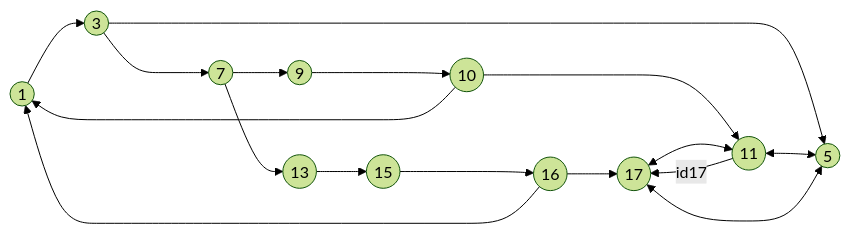
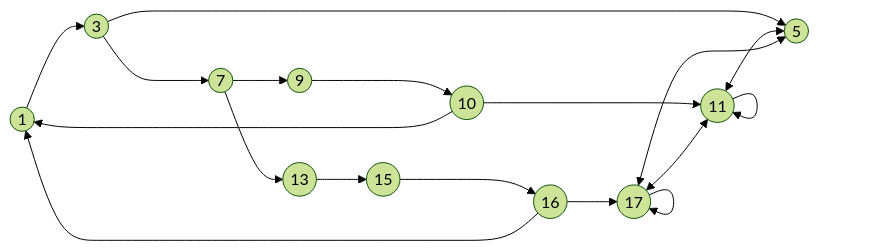
The fourth of 4 diagrams in Software Testing/Labs/Lab 01.md (sd4483/Obsidian), drawn with Mermaid (forest theme) before and after one commit.

Commit message:
vault backup: 2023-02-24 15:16:51

````diff
--- a/Software Testing/Labs/Lab 01.md
+++ b/Software Testing/Labs/Lab 01.md
@@ -96,14 +96,14 @@
 ```mermaid
 flowchart LR
 	id1((1)) --> id3((3)) ---> id7((7)) --> id13((13))
 	id3 --> id5((5))
 	id7 --> id9((9)) ---> id10((10)) --> id11((11))
 	id13 --> id15((15)) ---> id16((16)) --> id17((17))
 	id17 <--> id11
-	id11 --
+	id11 --> id11
 	id17 --> id17
 	id11 <--> id5
 	id17 <--> id5
 	id10 --> id1
 	id16 --> id1
 ```
````
